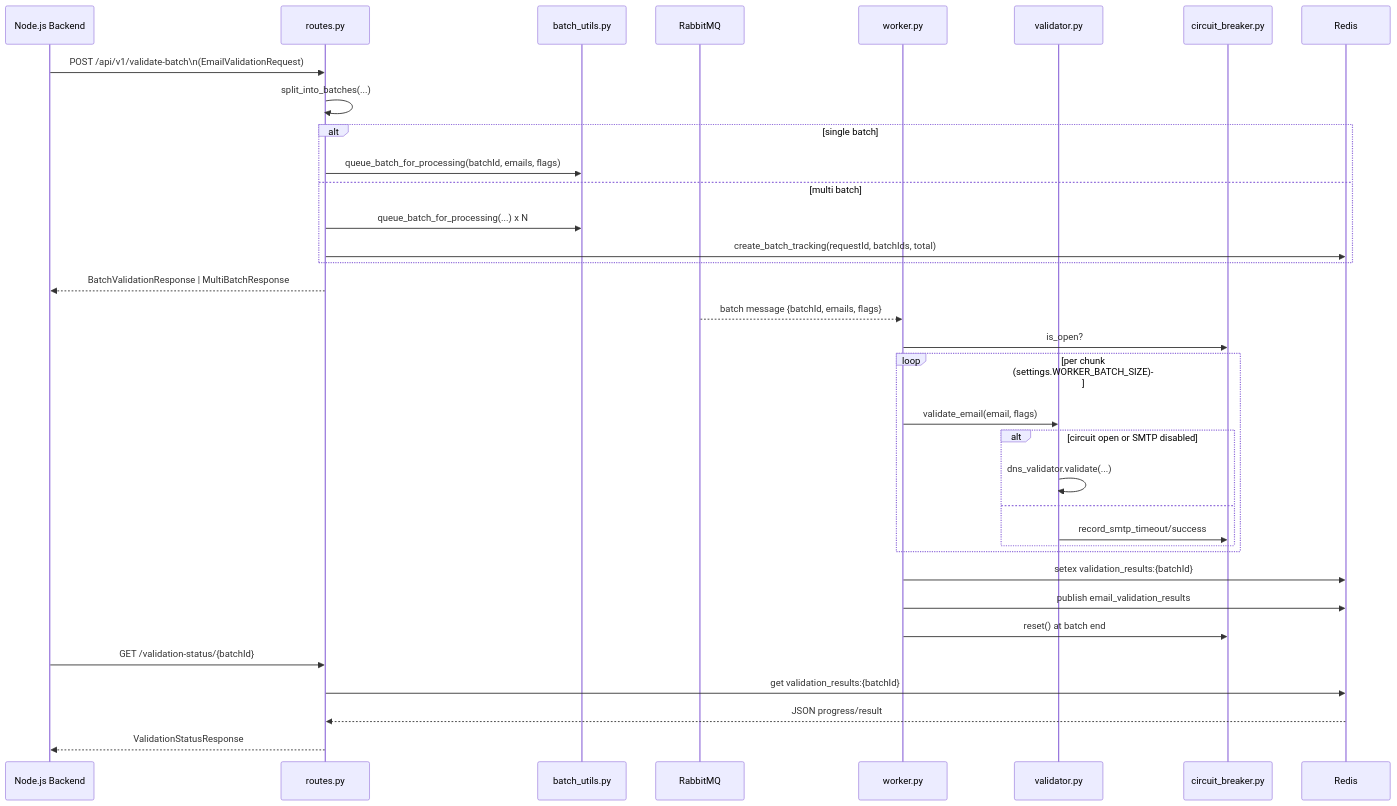
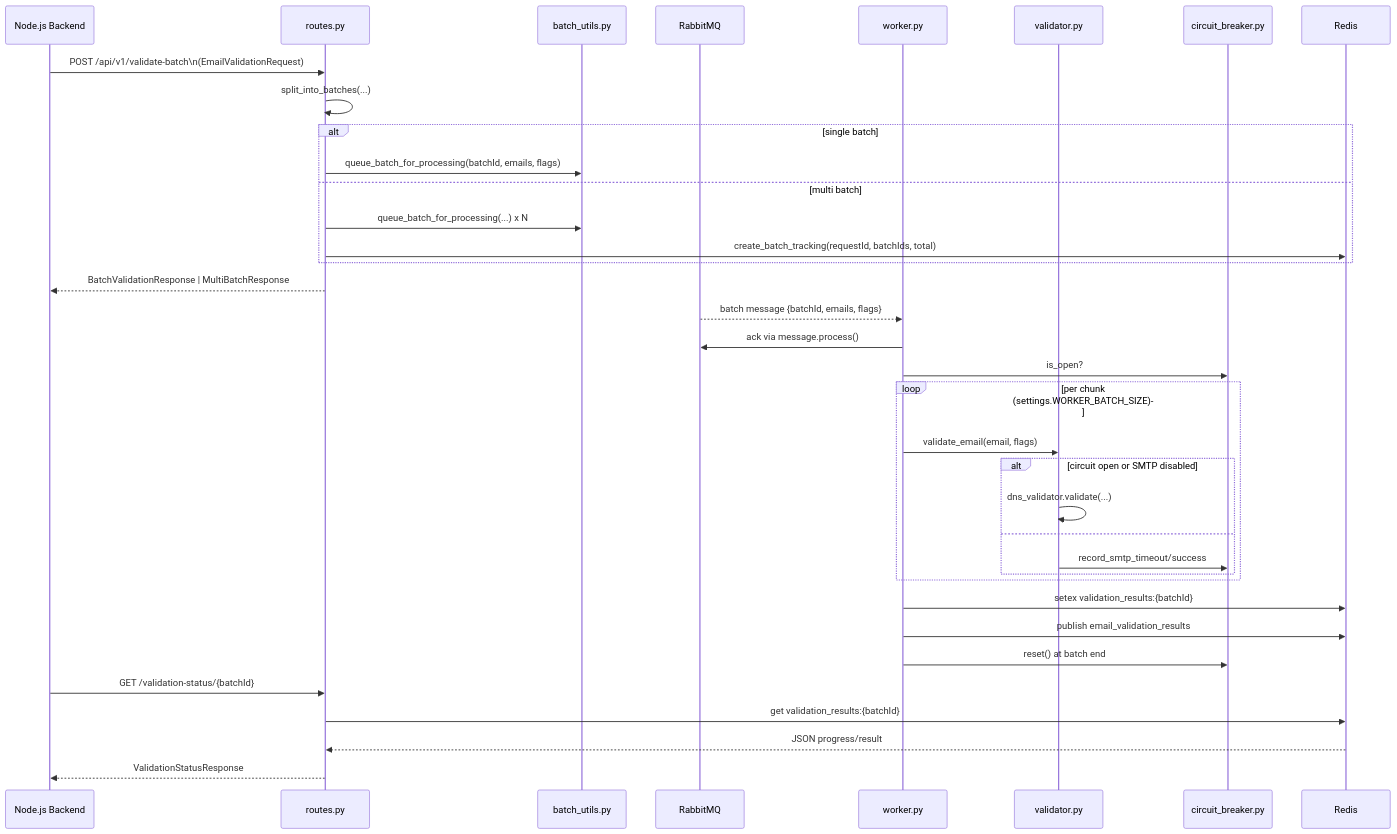
One commit to hassaanali723/tp-email-verification-tool changed the second of 2 diagrams in docs/email-validation-service/overall-architecture.md. Above: the diagram before and after it, drawn with Mermaid.

Commit message:
Show worker acknowledgement in sequence diagram

````diff
--- a/docs/email-validation-service/overall-architecture.md
+++ b/docs/email-validation-service/overall-architecture.md
@@ -39,40 +39,41 @@
 ```mermaid
 sequenceDiagram
     participant Backend as Node.js Backend
     participant Routes as routes.py
     participant BatchUtils as batch_utils.py
     participant Rabbit as RabbitMQ
     participant Worker as worker.py
     participant Validator as validator.py
     participant Circuit as circuit_breaker.py
     participant Redis as Redis
 
     Backend->>Routes: POST /api/v1/validate-batch\n(EmailValidationRequest)
     Routes->>Routes: split_into_batches(...)
     alt single batch
         Routes->>BatchUtils: queue_batch_for_processing(batchId, emails, flags)
     else multi batch
         Routes->>BatchUtils: queue_batch_for_processing(...) x N
         Routes->>Redis: create_batch_tracking(requestId, batchIds, total)
     end
     Routes-->>Backend: BatchValidationResponse | MultiBatchResponse
 
     Rabbit-->>Worker: batch message {batchId, emails, flags}
+    Worker->>Rabbit: ack via message.process()
     Worker->>Circuit: is_open?
     loop per chunk (settings.WORKER_BATCH_SIZE)
         Worker->>Validator: validate_email(email, flags)
         alt circuit open or SMTP disabled
             Validator->>Validator: dns_validator.validate(...)
         else
             Validator->>Circuit: record_smtp_timeout/success
         end
     end
     Worker->>Redis: setex validation_results:{batchId}
     Worker->>Redis: publish email_validation_results
     Worker->>Circuit: reset() at batch end
 
     Backend->>Routes: GET /validation-status/{batchId}
     Routes->>Redis: get validation_results:{batchId}
     Redis-->>Routes: JSON progress/result
     Routes-->>Backend: ValidationStatusResponse
 ```
````
